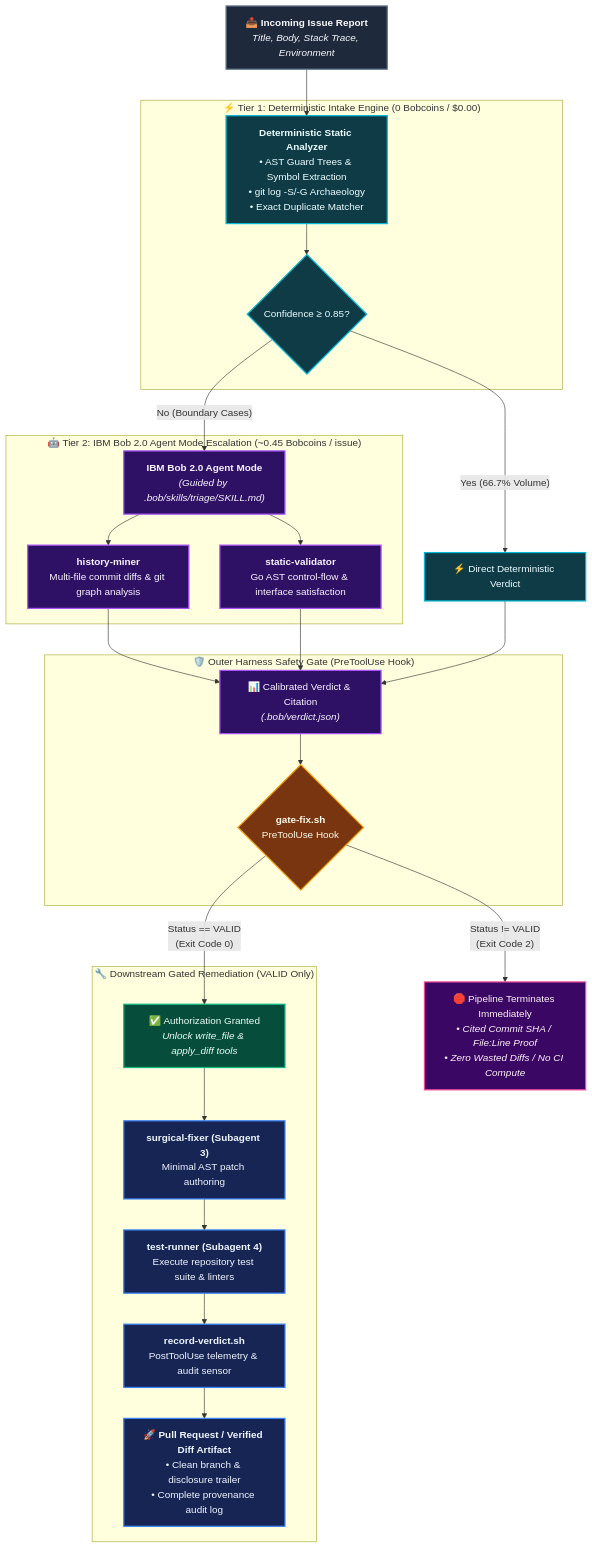
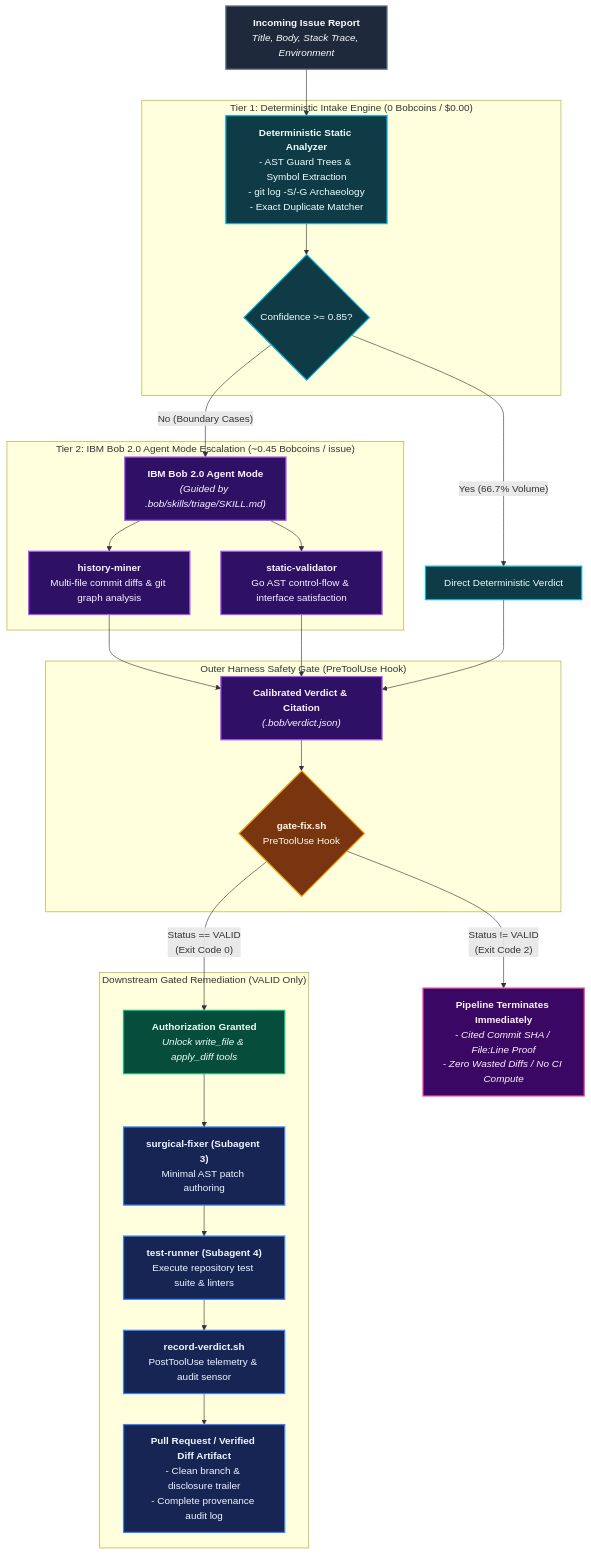
The diagram in README.md (Labreo/Netrani), drawn with Mermaid before and after one commit. The commit also changed other lines of this file, not shown here.

Commit message:
docs: remove all emojis from README

````diff
--- a/README.md
+++ b/README.md
@@ -59,49 +59,49 @@
 ```mermaid
 flowchart TD
     classDef input fill:#1e293b,stroke:#64748b,stroke-width:2px,color:#f8fafc;
     classDef tier1 fill:#0f3b46,stroke:#06b6d4,stroke-width:2px,color:#ecfeff;
     classDef tier2 fill:#2e1065,stroke:#a855f7,stroke-width:2px,color:#faf5ff;
     classDef gate fill:#78350f,stroke:#f59e0b,stroke-width:2px,color:#fffbeb;
     classDef valid fill:#064e3b,stroke:#10b981,stroke-width:2px,color:#ecfdf5;
     classDef nonvalid fill:#3b0764,stroke:#ec4899,stroke-width:2px,color:#fdf2f8;
     classDef action fill:#172554,stroke:#3b82f6,stroke-width:2px,color:#eff6ff;
 
-    ISSUE["📥 <b>Incoming Issue Report</b><br/><i>Title, Body, Stack Trace, Environment</i>"]:::input --> TIER1
+    ISSUE["<b>Incoming Issue Report</b><br/><i>Title, Body, Stack Trace, Environment</i>"]:::input --> TIER1
 
-    subgraph S_TIER1 ["⚡ Tier 1: Deterministic Intake Engine (0 Bobcoins / $0.00)"]
-        TIER1["<b>Deterministic Static Analyzer</b><br/>• AST Guard Trees & Symbol Extraction<br/>• git log -S/-G Archaeology<br/>• Exact Duplicate Matcher"]:::tier1
-        CONF{"Confidence ≥ 0.85?"}:::tier1
+    subgraph S_TIER1 ["Tier 1: Deterministic Intake Engine (0 Bobcoins / $0.00)"]
+        TIER1["<b>Deterministic Static Analyzer</b><br/>- AST Guard Trees & Symbol Extraction<br/>- git log -S/-G Archaeology<br/>- Exact Duplicate Matcher"]:::tier1
+        CONF{"Confidence >= 0.85?"}:::tier1
         TIER1 --> CONF
     end
 
-    subgraph S_TIER2 ["🤖 Tier 2: IBM Bob 2.0 Agent Mode Escalation (~0.45 Bobcoins / issue)"]
+    subgraph S_TIER2 ["Tier 2: IBM Bob 2.0 Agent Mode Escalation (~0.45 Bobcoins / issue)"]
         BOB_ORCH["<b>IBM Bob 2.0 Agent Mode</b><br/><i>(Guided by .bob/skills/triage/SKILL.md)</i>"]:::tier2
         HM["<b>history-miner</b><br/>Multi-file commit diffs & git graph analysis"]:::tier2
         SV["<b>static-validator</b><br/>Go AST control-flow & interface satisfaction"]:::tier2
         BOB_ORCH --> HM & SV
     end
 
-    CONF -- "Yes (66.7% Volume)" --> FAST_VERDICT["⚡ Direct Deterministic Verdict"]:::tier1
+    CONF -- "Yes (66.7% Volume)" --> FAST_VERDICT["Direct Deterministic Verdict"]:::tier1
     CONF -- "No (Boundary Cases)" --> BOB_ORCH
 
-    HM & SV --> HYBRID_VERDICT["📊 Calibrated Verdict & Citation<br/><i>(.bob/verdict.json)</i>"]:::tier2
+    HM & SV --> HYBRID_VERDICT["<b>Calibrated Verdict & Citation</b><br/><i>(.bob/verdict.json)</i>"]:::tier2
     FAST_VERDICT --> HYBRID_VERDICT
 
-    subgraph S_GATE ["🛡️ Outer Harness Safety Gate (PreToolUse Hook)"]
+    subgraph S_GATE ["Outer Harness Safety Gate (PreToolUse Hook)"]
         GATE{"<b>gate-fix.sh</b><br/>PreToolUse Hook"}:::gate
         HYBRID_VERDICT --> GATE
     end
 
-    GATE -- "Status != VALID<br/>(Exit Code 2)" --> TERMINATE["🛑 Pipeline Terminates Immediately<br/><i>• Cited Commit SHA / File:Line Proof<br/>• Zero Wasted Diffs / No CI Compute</i>"]:::nonvalid
+    GATE -- "Status != VALID<br/>(Exit Code 2)" --> TERMINATE["<b>Pipeline Terminates Immediately</b><br/><i>- Cited Commit SHA / File:Line Proof<br/>- Zero Wasted Diffs / No CI Compute</i>"]:::nonvalid
 
-    GATE -- "Status == VALID<br/>(Exit Code 0)" --> ALLOW["✅ Authorization Granted<br/><i>Unlock write_file & apply_diff tools</i>"]:::valid
+    GATE -- "Status == VALID<br/>(Exit Code 0)" --> ALLOW["<b>Authorization Granted</b><br/><i>Unlock write_file & apply_diff tools</i>"]:::valid
 
-    subgraph S_GATED ["🔧 Downstream Gated Remediation (VALID Only)"]
+    subgraph S_GATED ["Downstream Gated Remediation (VALID Only)"]
         FIXER["<b>surgical-fixer (Subagent 3)</b><br/>Minimal AST patch authoring"]:::action
         RUNNER["<b>test-runner (Subagent 4)</b><br/>Execute repository test suite & linters"]:::action
         AUDIT["<b>record-verdict.sh</b><br/>PostToolUse telemetry & audit sensor"]:::action
-        PR["🚀 <b>Pull Request / Verified Diff Artifact</b><br/>• Clean branch & disclosure trailer<br/>• Complete provenance audit log"]:::action
+        PR["<b>Pull Request / Verified Diff Artifact</b><br/>- Clean branch & disclosure trailer<br/>- Complete provenance audit log"]:::action
 
         ALLOW --> FIXER --> RUNNER --> AUDIT --> PR
     end
 ```
````
